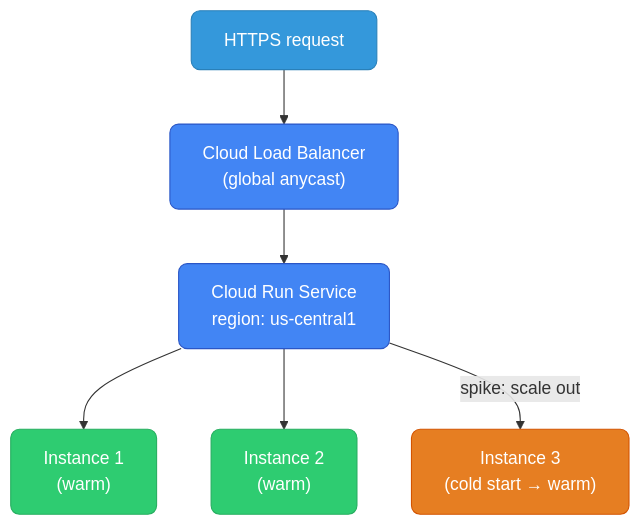
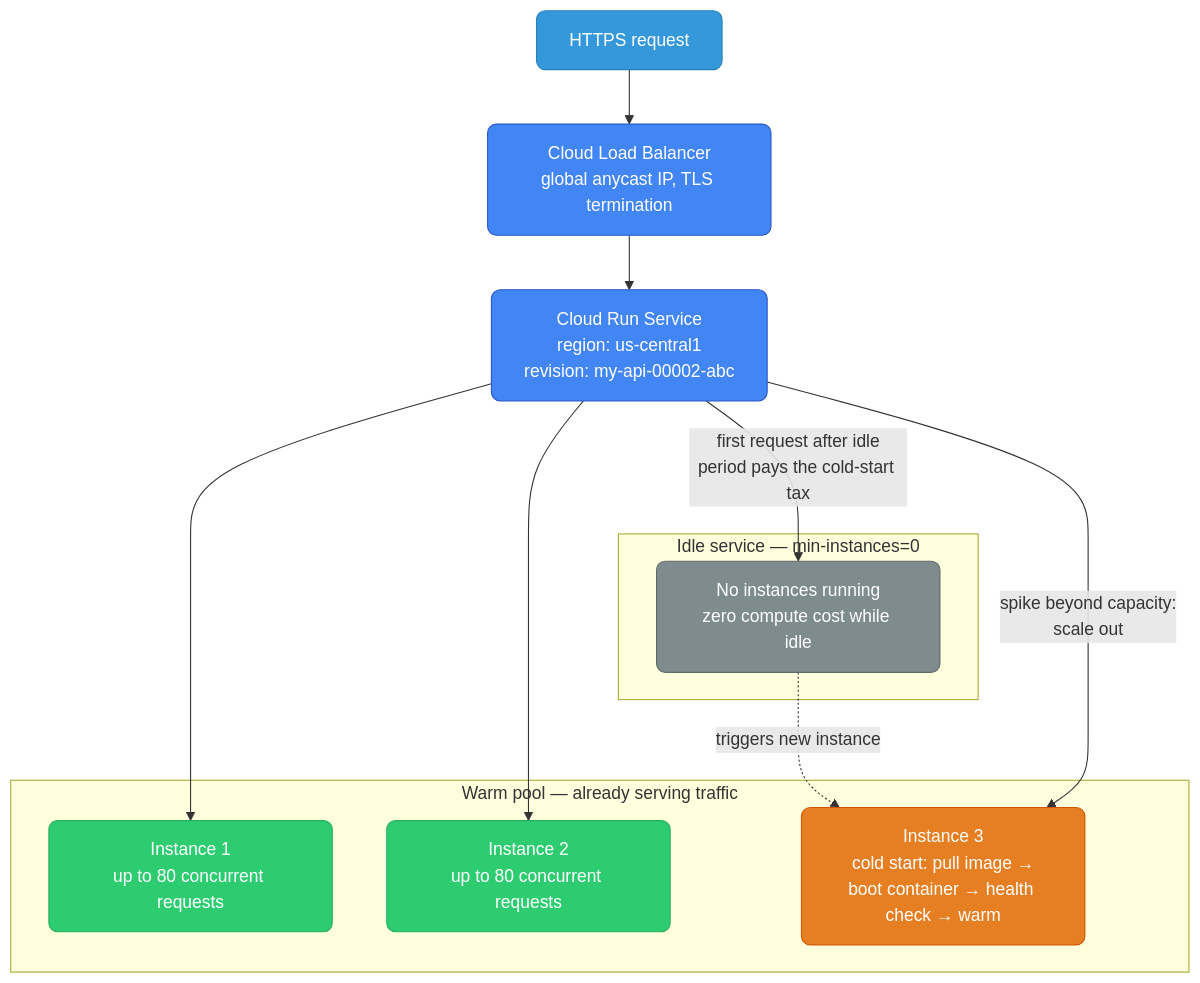
One commit to deepanshu-rawat6/DevOpsIndex changed the first of 6 diagrams in gcp/serverless.md. Above: the diagram before and after it, drawn with Mermaid. The commit also changed other lines of this file and 14 other files, not shown here.

````diff
--- a/gcp/serverless.md
+++ b/gcp/serverless.md
@@ -20,19 +31,27 @@
 ```mermaid
 graph TD
     classDef gcp fill:#4285f4,stroke:#2a56c6,color:#fff,rx:8
     classDef orange fill:#e67e22,stroke:#d35400,color:#fff,rx:8
     classDef green fill:#2ecc71,stroke:#27ae60,color:#fff,rx:8
     classDef blue fill:#3498db,stroke:#2980b9,color:#fff,rx:8
+    classDef gray fill:#7f8c8d,stroke:#616a6b,color:#fff,rx:8
 
-    REQUEST["HTTPS request"]:::blue
-    LB["Cloud Load Balancer\n(global anycast)"]:::gcp
-    CR["Cloud Run Service\nregion: us-central1"]:::gcp
-    I1["Instance 1\n(warm)"]:::green
-    I2["Instance 2\n(warm)"]:::green
-    I3["Instance 3\n(cold start → warm)"]:::orange
+    REQUEST["HTTPS request"]:::blue --> LB["Cloud Load Balancer<br/>global anycast IP, TLS termination"]:::gcp
+    LB --> CR["Cloud Run Service<br/>region: us-central1<br/>revision: my-api-00002-abc"]:::gcp
 
-    REQUEST --> LB --> CR
+    subgraph IDLE["Idle service — min-instances=0"]
+        ZERO["No instances running<br/>zero compute cost while idle"]:::gray
+    end
+
+    subgraph WARM["Warm pool — already serving traffic"]
+        I1["Instance 1<br/>up to 80 concurrent requests"]:::green
+        I2["Instance 2<br/>up to 80 concurrent requests"]:::green
+        I3["Instance 3<br/>cold start: pull image →<br/>boot container → health check → warm"]:::orange
+    end
+
+    CR -->|"first request after idle<br/>period pays the cold-start tax"| ZERO
+    ZERO -.->|"triggers new instance"| I3
     CR --> I1
     CR --> I2
-    CR -->|"spike: scale out"| I3
+    CR -->|"spike beyond capacity:<br/>scale out"| I3
 ```
````
